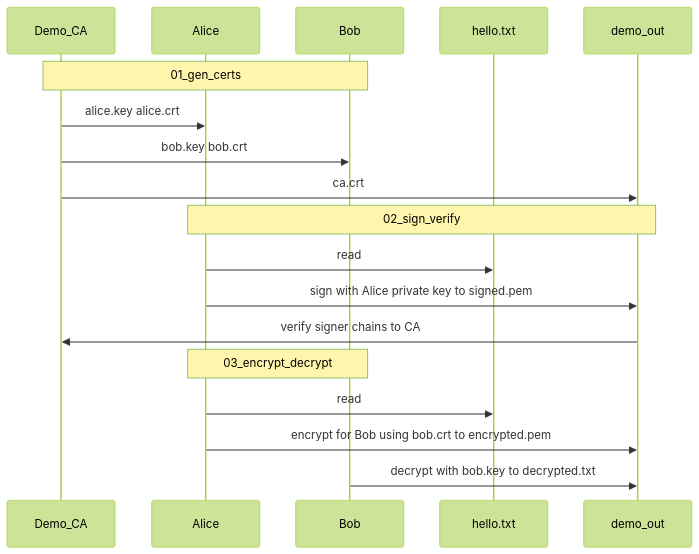
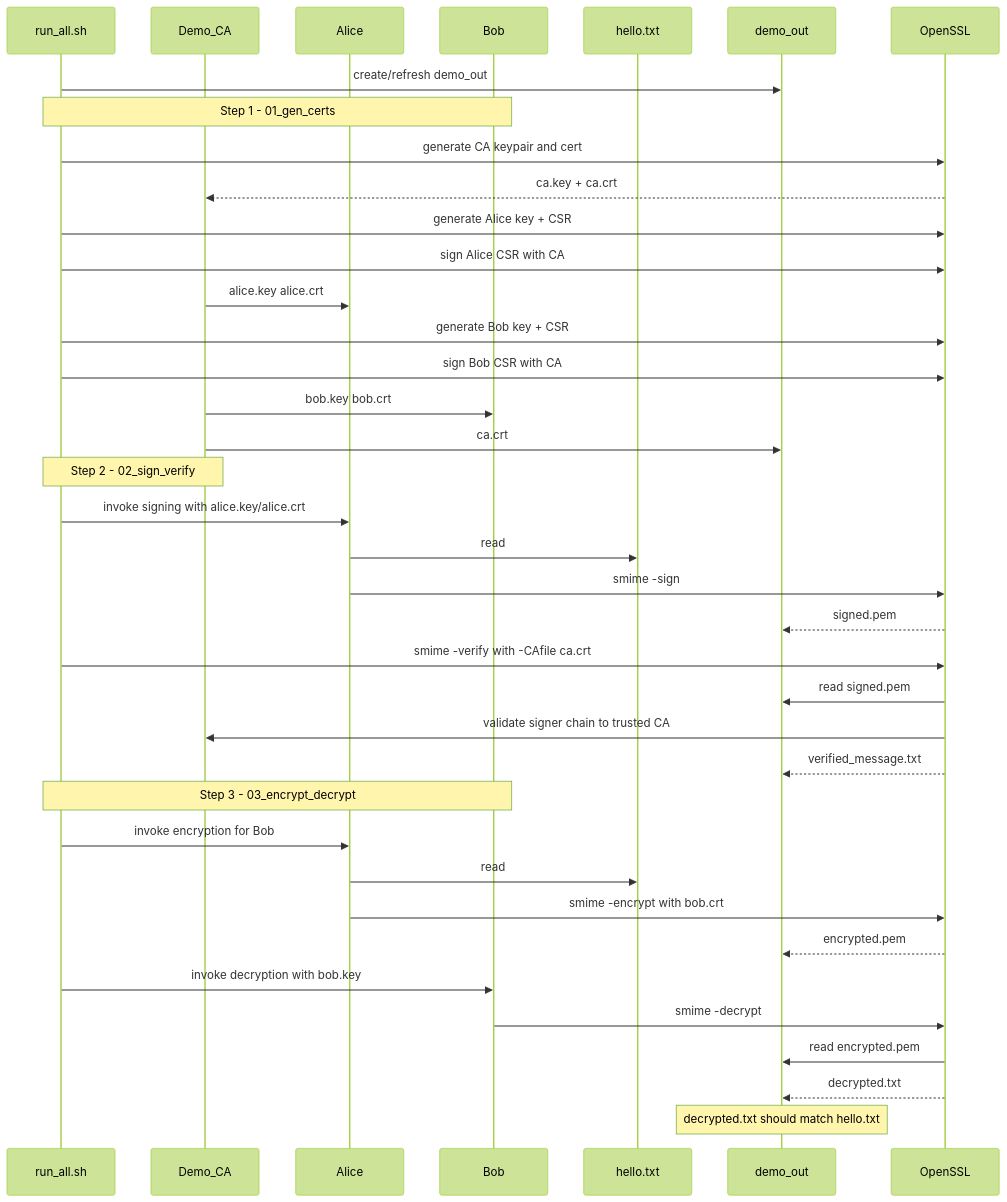
One commit to DUC-ANH-LY/atmnc changed the second of 2 diagrams in smime-demo/README.md. Above: the diagram before and after it, drawn with Mermaid (forest theme). The commit also changed other lines of this file, not shown here.

````diff
--- a/smime-demo/README.md
+++ b/smime-demo/README.md
@@ -78,20 +78,45 @@
 ```mermaid
 sequenceDiagram
+  participant run as run_all.sh
   participant ca as Demo_CA
   participant alice as Alice
   participant bob as Bob
   participant plain as hello.txt
   participant out as demo_out
-  Note over ca,bob: 01_gen_certs
+  participant openssl as OpenSSL
+
+  run->>out: create/refresh demo_out
+
+  Note over run,bob: Step 1 - 01_gen_certs
+  run->>openssl: generate CA keypair and cert
+  openssl-->>ca: ca.key + ca.crt
+  run->>openssl: generate Alice key + CSR
+  run->>openssl: sign Alice CSR with CA
   ca->>alice: alice.key alice.crt
+  run->>openssl: generate Bob key + CSR
+  run->>openssl: sign Bob CSR with CA
   ca->>bob: bob.key bob.crt
   ca->>out: ca.crt
-  Note over alice,out: 02_sign_verify
+
+  Note over run,ca: Step 2 - 02_sign_verify
+  run->>alice: invoke signing with alice.key/alice.crt
   alice->>plain: read
-  alice->>out: sign with Alice private key to signed.pem
-  out->>ca: verify signer chains to CA
-  Note over alice,bob: 03_encrypt_decrypt
+  alice->>openssl: smime -sign
+  openssl-->>out: signed.pem
+  run->>openssl: smime -verify with -CAfile ca.crt
+  openssl->>out: read signed.pem
+  openssl->>ca: validate signer chain to trusted CA
+  openssl-->>out: verified_message.txt
+
+  Note over run,bob: Step 3 - 03_encrypt_decrypt
+  run->>alice: invoke encryption for Bob
   alice->>plain: read
-  alice->>out: encrypt for Bob using bob.crt to encrypted.pem
-  bob->>out: decrypt with bob.key to decrypted.txt
+  alice->>openssl: smime -encrypt with bob.crt
+  openssl-->>out: encrypted.pem
+  run->>bob: invoke decryption with bob.key
+  bob->>openssl: smime -decrypt
+  openssl->>out: read encrypted.pem
+  openssl-->>out: decrypted.txt
+
+  Note over out: decrypted.txt should match hello.txt
 ```
````
